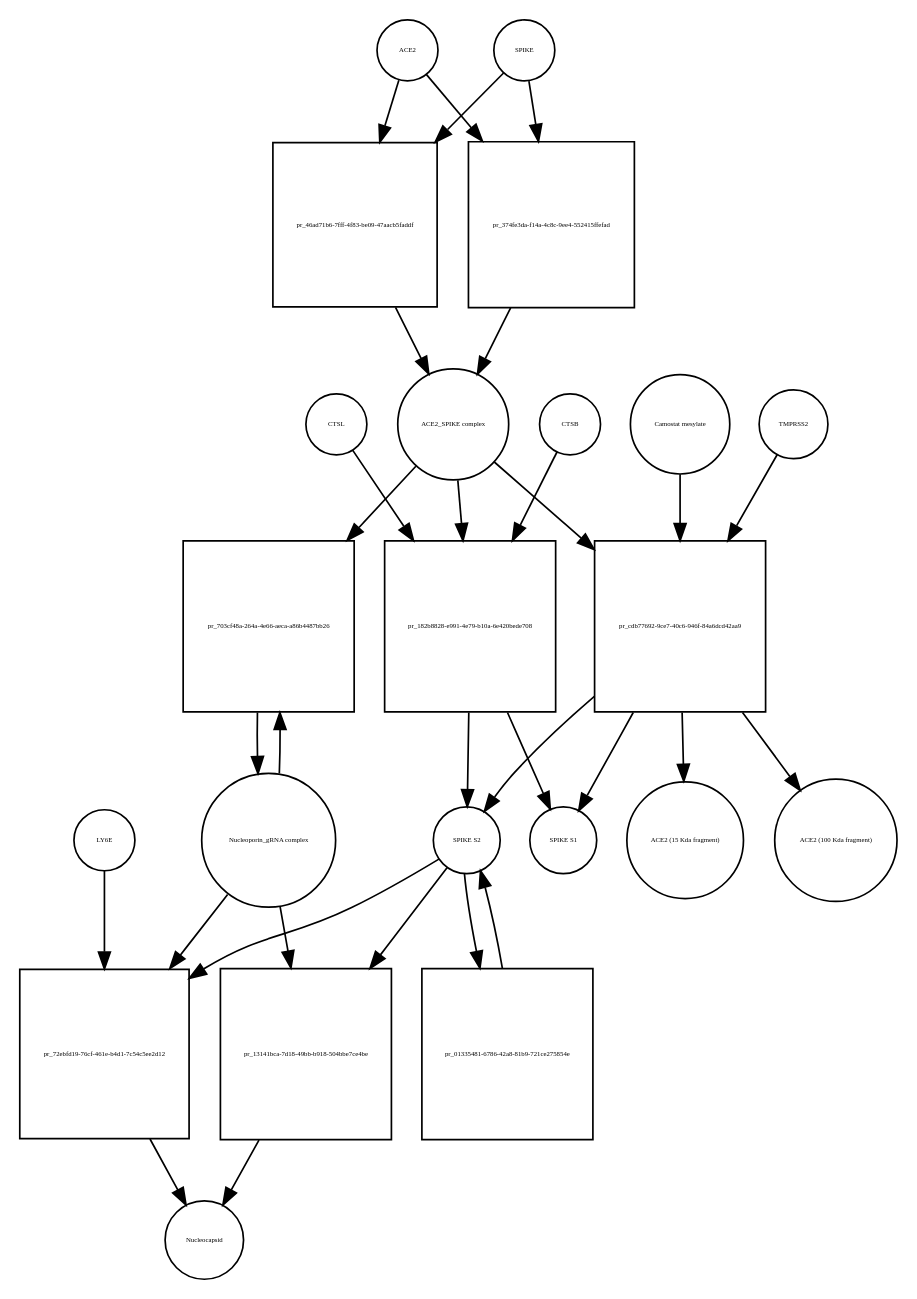
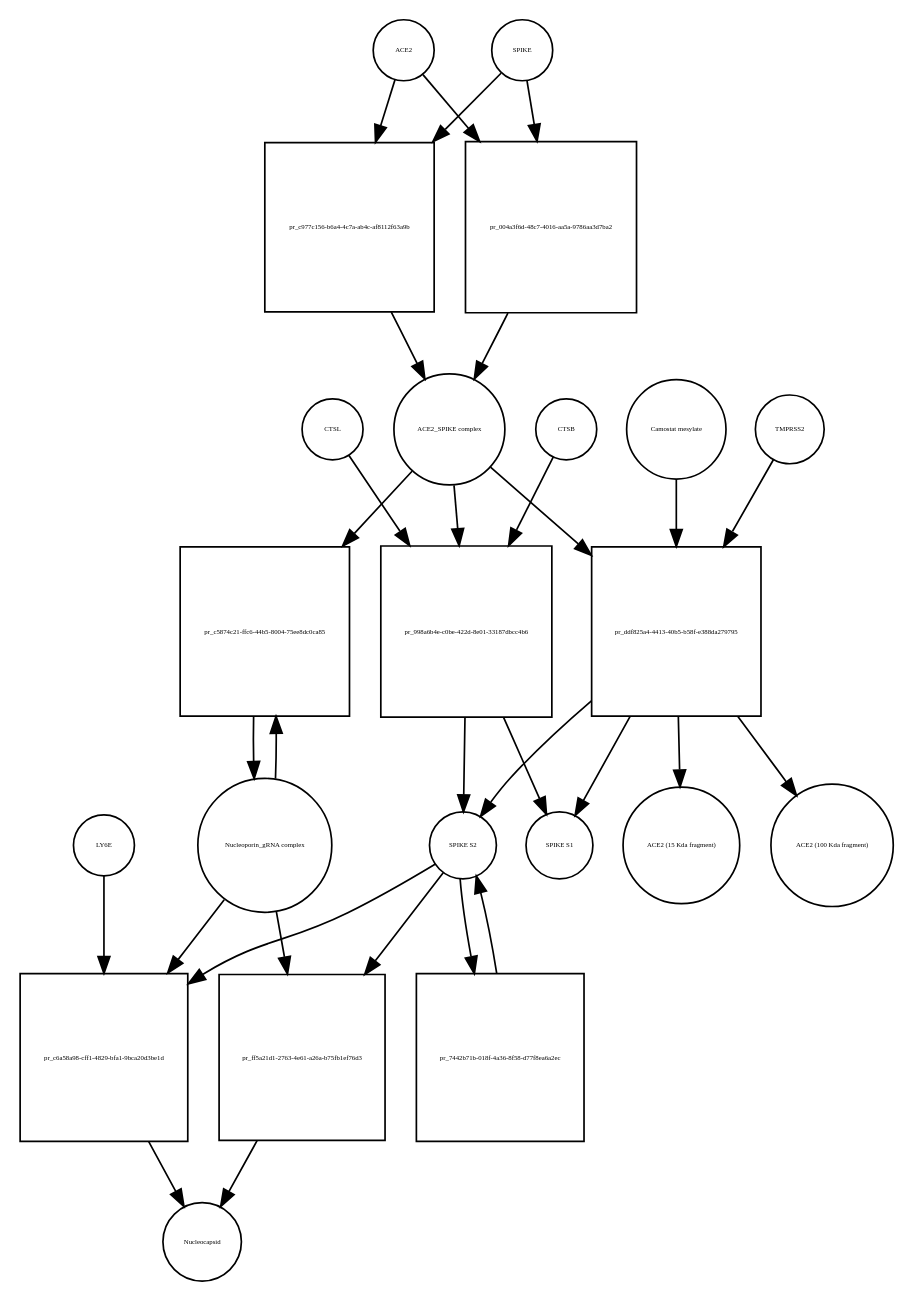
One commit to cannin/covid19-sbgn changed the diagram in Virus_replication_cycle_V02.xml_bipartite.dot. Above: the diagram before and after it, drawn with Graphviz. The commit also changed 637 other files, not shown here.

```diff
--- a/Virus_replication_cycle_V02.xml_bipartite.dot
+++ b/Virus_replication_cycle_V02.xml_bipartite.dot
@@ -1,54 +1,54 @@
 strict digraph  {
 ACE2 [annotation="", bipartite=0, cls=macromolecule, fontsize=4, label=ACE2, shape=circle];
-"pr_46ad71b6-7fff-4f83-be09-47aacb5faddf" [annotation="", bipartite=1, cls=process, fontsize=4, label="pr_46ad71b6-7fff-4f83-be09-47aacb5faddf", shape=square];
+"pr_c977c156-b6a4-4c7a-ab4c-af8112f63a9b" [annotation="", bipartite=1, cls=process, fontsize=4, label="pr_c977c156-b6a4-4c7a-ab4c-af8112f63a9b", shape=square];
 "ACE2_SPIKE complex" [annotation="", bipartite=0, cls=complex, fontsize=4, label="ACE2_SPIKE complex", shape=circle];
 SPIKE [annotation="", bipartite=0, cls="macromolecule multimer", fontsize=4, label=SPIKE, shape=circle];
 "Nucleoporin_gRNA complex " [annotation="", bipartite=0, cls=complex, fontsize=4, label="Nucleoporin_gRNA complex ", shape=circle];
-"pr_703cf48a-264a-4e66-aeca-a86b4487bb26" [annotation="", bipartite=1, cls=process, fontsize=4, label="pr_703cf48a-264a-4e66-aeca-a86b4487bb26", shape=square];
-"pr_182b8828-e991-4e79-b10a-6e420bede708" [annotation="", bipartite=1, cls=process, fontsize=4, label="pr_182b8828-e991-4e79-b10a-6e420bede708", shape=square];
+"pr_c5874c21-ffc6-44b5-8004-75ee8dc0ca85" [annotation="", bipartite=1, cls=process, fontsize=4, label="pr_c5874c21-ffc6-44b5-8004-75ee8dc0ca85", shape=square];
+"pr_998a6b4e-c0be-422d-8e01-33187dbcc4b6" [annotation="", bipartite=1, cls=process, fontsize=4, label="pr_998a6b4e-c0be-422d-8e01-33187dbcc4b6", shape=square];
 "SPIKE S2" [annotation="", bipartite=0, cls=macromolecule, fontsize=4, label="SPIKE S2", shape=circle];
 CTSB [annotation="", bipartite=0, cls=macromolecule, fontsize=4, label=CTSB, shape=circle];
 CTSL [annotation="", bipartite=0, cls=macromolecule, fontsize=4, label=CTSL, shape=circle];
 "SPIKE S1" [annotation="", bipartite=0, cls=macromolecule, fontsize=4, label="SPIKE S1", shape=circle];
-"pr_cdb77692-9ce7-40c6-946f-84a6dcd42aa9" [annotation="", bipartite=1, cls=process, fontsize=4, label="pr_cdb77692-9ce7-40c6-946f-84a6dcd42aa9", shape=square];
+"pr_ddf825a4-4413-40b5-b58f-e388da279795" [annotation="", bipartite=1, cls=process, fontsize=4, label="pr_ddf825a4-4413-40b5-b58f-e388da279795", shape=square];
 TMPRSS2 [annotation="", bipartite=0, cls=macromolecule, fontsize=4, label=TMPRSS2, shape=circle];
 "Camostat mesylate" [annotation="urn_miriam_pubchem.compound_2536", bipartite=0, cls="simple chemical", fontsize=4, label="Camostat mesylate", shape=circle];
 "ACE2 (15 Kda fragment)" [annotation="", bipartite=0, cls=macromolecule, fontsize=4, label="ACE2 (15 Kda fragment)", shape=circle];
 "ACE2 (100 Kda fragment)" [annotation="", bipartite=0, cls=macromolecule, fontsize=4, label="ACE2 (100 Kda fragment)", shape=circle];
-"pr_374fe3da-f14a-4c8c-9ee4-552415ffefad" [annotation="", bipartite=1, cls=process, fontsize=4, label="pr_374fe3da-f14a-4c8c-9ee4-552415ffefad", shape=square];
-"pr_72ebfd19-76cf-461e-b4d1-7c54c5ee2d12" [annotation="", bipartite=1, cls=process, fontsize=4, label="pr_72ebfd19-76cf-461e-b4d1-7c54c5ee2d12", shape=square];
+"pr_004a3f6d-48c7-4016-aa5a-9786aa3d7ba2" [annotation="", bipartite=1, cls=process, fontsize=4, label="pr_004a3f6d-48c7-4016-aa5a-9786aa3d7ba2", shape=square];
+"pr_c6a58a98-cff1-4829-bfa1-9bca20d3be1d" [annotation="", bipartite=1, cls=process, fontsize=4, label="pr_c6a58a98-cff1-4829-bfa1-9bca20d3be1d", shape=square];
 Nucleocapsid [annotation="", bipartite=0, cls=complex, fontsize=4, label=Nucleocapsid, shape=circle];
 LY6E [annotation="", bipartite=0, cls=macromolecule, fontsize=4, label=LY6E, shape=circle];
-"pr_01335481-6786-42a8-81b9-721ce275854e" [annotation="", bipartite=1, cls=process, fontsize=4, label="pr_01335481-6786-42a8-81b9-721ce275854e", shape=square];
-"pr_13141bca-7d18-49bb-b918-504bbe7ce4be" [annotation="", bipartite=1, cls=process, fontsize=4, label="pr_13141bca-7d18-49bb-b918-504bbe7ce4be", shape=square];
-ACE2 -> "pr_46ad71b6-7fff-4f83-be09-47aacb5faddf"  [annotation="", interaction_type=consumption];
-ACE2 -> "pr_374fe3da-f14a-4c8c-9ee4-552415ffefad"  [annotation="", interaction_type=consumption];
-"pr_46ad71b6-7fff-4f83-be09-47aacb5faddf" -> "ACE2_SPIKE complex"  [annotation="", interaction_type=production];
-"ACE2_SPIKE complex" -> "pr_703cf48a-264a-4e66-aeca-a86b4487bb26"  [annotation="urn_miriam_pubmed_32142651|urn_miriam_pubmed_32094589", interaction_type=stimulation];
-"ACE2_SPIKE complex" -> "pr_182b8828-e991-4e79-b10a-6e420bede708"  [annotation="", interaction_type=consumption];
-"ACE2_SPIKE complex" -> "pr_cdb77692-9ce7-40c6-946f-84a6dcd42aa9"  [annotation="", interaction_type=consumption];
-SPIKE -> "pr_46ad71b6-7fff-4f83-be09-47aacb5faddf"  [annotation="", interaction_type=consumption];
-SPIKE -> "pr_374fe3da-f14a-4c8c-9ee4-552415ffefad"  [annotation="", interaction_type=consumption];
-"Nucleoporin_gRNA complex " -> "pr_703cf48a-264a-4e66-aeca-a86b4487bb26"  [annotation="", interaction_type=consumption];
-"Nucleoporin_gRNA complex " -> "pr_72ebfd19-76cf-461e-b4d1-7c54c5ee2d12"  [annotation="", interaction_type=consumption];
-"Nucleoporin_gRNA complex " -> "pr_13141bca-7d18-49bb-b918-504bbe7ce4be"  [annotation="", interaction_type=consumption];
-"pr_703cf48a-264a-4e66-aeca-a86b4487bb26" -> "Nucleoporin_gRNA complex "  [annotation="", interaction_type=production];
-"pr_182b8828-e991-4e79-b10a-6e420bede708" -> "SPIKE S2"  [annotation="", interaction_type=production];
-"pr_182b8828-e991-4e79-b10a-6e420bede708" -> "SPIKE S1"  [annotation="", interaction_type=production];
-"SPIKE S2" -> "pr_72ebfd19-76cf-461e-b4d1-7c54c5ee2d12"  [annotation="urn_miriam_doi_10.1101%2F2020.03.05.979260|urn_miriam_doi_10.1101%2F2020.04.02.021469", interaction_type=stimulation];
-"SPIKE S2" -> "pr_01335481-6786-42a8-81b9-721ce275854e"  [annotation="", interaction_type=consumption];
-"SPIKE S2" -> "pr_13141bca-7d18-49bb-b918-504bbe7ce4be"  [annotation="", interaction_type=stimulation];
-CTSB -> "pr_182b8828-e991-4e79-b10a-6e420bede708"  [annotation=urn_miriam_pubmed_32142651, interaction_type=catalysis];
-CTSL -> "pr_182b8828-e991-4e79-b10a-6e420bede708"  [annotation=urn_miriam_pubmed_32142651, interaction_type=catalysis];
-"pr_cdb77692-9ce7-40c6-946f-84a6dcd42aa9" -> "SPIKE S2"  [annotation="", interaction_type=production];
-"pr_cdb77692-9ce7-40c6-946f-84a6dcd42aa9" -> "SPIKE S1"  [annotation="", interaction_type=production];
-"pr_cdb77692-9ce7-40c6-946f-84a6dcd42aa9" -> "ACE2 (15 Kda fragment)"  [annotation="", interaction_type=production];
-"pr_cdb77692-9ce7-40c6-946f-84a6dcd42aa9" -> "ACE2 (100 Kda fragment)"  [annotation="", interaction_type=production];
-TMPRSS2 -> "pr_cdb77692-9ce7-40c6-946f-84a6dcd42aa9"  [annotation="urn_miriam_pubmed_32142651|urn_miriam_pubmed_32094589|urn_miriam_pubmed_24227843", interaction_type=catalysis];
-"Camostat mesylate" -> "pr_cdb77692-9ce7-40c6-946f-84a6dcd42aa9"  [annotation="urn_miriam_pubmed_32142651|urn_miriam_pubmed_32094589|urn_miriam_pubmed_24227843", interaction_type=inhibition];
-"pr_374fe3da-f14a-4c8c-9ee4-552415ffefad" -> "ACE2_SPIKE complex"  [annotation="", interaction_type=production];
-"pr_72ebfd19-76cf-461e-b4d1-7c54c5ee2d12" -> Nucleocapsid  [annotation="", interaction_type=production];
-LY6E -> "pr_72ebfd19-76cf-461e-b4d1-7c54c5ee2d12"  [annotation="urn_miriam_doi_10.1101%2F2020.03.05.979260|urn_miriam_doi_10.1101%2F2020.04.02.021469", interaction_type=inhibition];
-"pr_01335481-6786-42a8-81b9-721ce275854e" -> "SPIKE S2"  [annotation="", interaction_type=production];
-"pr_13141bca-7d18-49bb-b918-504bbe7ce4be" -> Nucleocapsid  [annotation="", interaction_type=production];
+"pr_7442b71b-018f-4a36-8f58-d77f8ea6a2ec" [annotation="", bipartite=1, cls=process, fontsize=4, label="pr_7442b71b-018f-4a36-8f58-d77f8ea6a2ec", shape=square];
+"pr_ff5a21d1-2763-4e61-a26a-b75fb1ef76d3" [annotation="", bipartite=1, cls=process, fontsize=4, label="pr_ff5a21d1-2763-4e61-a26a-b75fb1ef76d3", shape=square];
+ACE2 -> "pr_c977c156-b6a4-4c7a-ab4c-af8112f63a9b"  [annotation="", interaction_type=consumption];
+ACE2 -> "pr_004a3f6d-48c7-4016-aa5a-9786aa3d7ba2"  [annotation="", interaction_type=consumption];
+"pr_c977c156-b6a4-4c7a-ab4c-af8112f63a9b" -> "ACE2_SPIKE complex"  [annotation="", interaction_type=production];
+"ACE2_SPIKE complex" -> "pr_c5874c21-ffc6-44b5-8004-75ee8dc0ca85"  [annotation="urn_miriam_pubmed_32142651|urn_miriam_pubmed_32094589", interaction_type=stimulation];
+"ACE2_SPIKE complex" -> "pr_998a6b4e-c0be-422d-8e01-33187dbcc4b6"  [annotation="", interaction_type=consumption];
+"ACE2_SPIKE complex" -> "pr_ddf825a4-4413-40b5-b58f-e388da279795"  [annotation="", interaction_type=consumption];
+SPIKE -> "pr_c977c156-b6a4-4c7a-ab4c-af8112f63a9b"  [annotation="", interaction_type=consumption];
+SPIKE -> "pr_004a3f6d-48c7-4016-aa5a-9786aa3d7ba2"  [annotation="", interaction_type=consumption];
+"Nucleoporin_gRNA complex " -> "pr_c5874c21-ffc6-44b5-8004-75ee8dc0ca85"  [annotation="", interaction_type=consumption];
+"Nucleoporin_gRNA complex " -> "pr_c6a58a98-cff1-4829-bfa1-9bca20d3be1d"  [annotation="", interaction_type=consumption];
+"Nucleoporin_gRNA complex " -> "pr_ff5a21d1-2763-4e61-a26a-b75fb1ef76d3"  [annotation="", interaction_type=consumption];
+"pr_c5874c21-ffc6-44b5-8004-75ee8dc0ca85" -> "Nucleoporin_gRNA complex "  [annotation="", interaction_type=production];
+"pr_998a6b4e-c0be-422d-8e01-33187dbcc4b6" -> "SPIKE S2"  [annotation="", interaction_type=production];
+"pr_998a6b4e-c0be-422d-8e01-33187dbcc4b6" -> "SPIKE S1"  [annotation="", interaction_type=production];
+"SPIKE S2" -> "pr_c6a58a98-cff1-4829-bfa1-9bca20d3be1d"  [annotation="urn_miriam_doi_10.1101%2F2020.03.05.979260|urn_miriam_doi_10.1101%2F2020.04.02.021469", interaction_type=stimulation];
+"SPIKE S2" -> "pr_7442b71b-018f-4a36-8f58-d77f8ea6a2ec"  [annotation="", interaction_type=consumption];
+"SPIKE S2" -> "pr_ff5a21d1-2763-4e61-a26a-b75fb1ef76d3"  [annotation="", interaction_type=stimulation];
+CTSB -> "pr_998a6b4e-c0be-422d-8e01-33187dbcc4b6"  [annotation=urn_miriam_pubmed_32142651, interaction_type=catalysis];
+CTSL -> "pr_998a6b4e-c0be-422d-8e01-33187dbcc4b6"  [annotation=urn_miriam_pubmed_32142651, interaction_type=catalysis];
+"pr_ddf825a4-4413-40b5-b58f-e388da279795" -> "SPIKE S2"  [annotation="", interaction_type=production];
+"pr_ddf825a4-4413-40b5-b58f-e388da279795" -> "SPIKE S1"  [annotation="", interaction_type=production];
+"pr_ddf825a4-4413-40b5-b58f-e388da279795" -> "ACE2 (15 Kda fragment)"  [annotation="", interaction_type=production];
+"pr_ddf825a4-4413-40b5-b58f-e388da279795" -> "ACE2 (100 Kda fragment)"  [annotation="", interaction_type=production];
+TMPRSS2 -> "pr_ddf825a4-4413-40b5-b58f-e388da279795"  [annotation="urn_miriam_pubmed_32142651|urn_miriam_pubmed_32094589|urn_miriam_pubmed_24227843", interaction_type=catalysis];
+"Camostat mesylate" -> "pr_ddf825a4-4413-40b5-b58f-e388da279795"  [annotation="urn_miriam_pubmed_32142651|urn_miriam_pubmed_32094589|urn_miriam_pubmed_24227843", interaction_type=inhibition];
+"pr_004a3f6d-48c7-4016-aa5a-9786aa3d7ba2" -> "ACE2_SPIKE complex"  [annotation="", interaction_type=production];
+"pr_c6a58a98-cff1-4829-bfa1-9bca20d3be1d" -> Nucleocapsid  [annotation="", interaction_type=production];
+LY6E -> "pr_c6a58a98-cff1-4829-bfa1-9bca20d3be1d"  [annotation="urn_miriam_doi_10.1101%2F2020.03.05.979260|urn_miriam_doi_10.1101%2F2020.04.02.021469", interaction_type=inhibition];
+"pr_7442b71b-018f-4a36-8f58-d77f8ea6a2ec" -> "SPIKE S2"  [annotation="", interaction_type=production];
+"pr_ff5a21d1-2763-4e61-a26a-b75fb1ef76d3" -> Nucleocapsid  [annotation="", interaction_type=production];
 }
```
